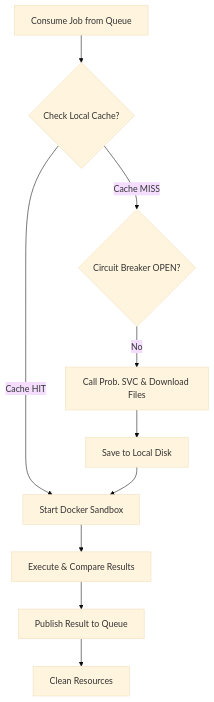
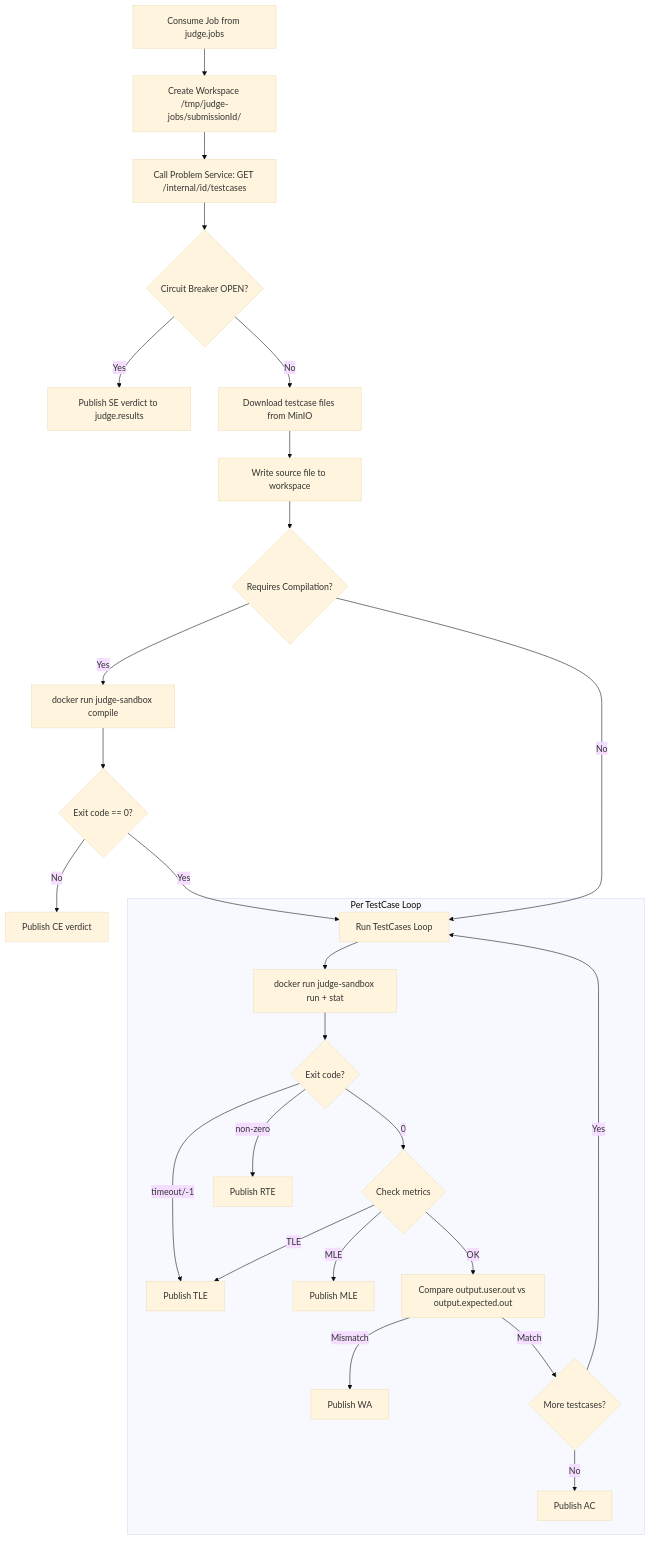
One commit to sson6926/Online-Judge-SOA changed the fourth of 4 diagrams in docs/analysis-and-design.md. Above: the diagram before and after it, drawn with Mermaid (base theme). The commit also changed other lines of this file and 1 other file, not shown here.

Commit message:
docs: udpdate  analysis, design, and architecture documentation files

````diff
--- a/docs/analysis-and-design.md
+++ b/docs/analysis-and-design.md
@@ -278,14 +222,32 @@
 ```mermaid
 flowchart TD
-    A[Consume Job from Queue] --> B{Check Local Cache?}
-    B -- Cache HIT --> G[Start Sandbox]
-    B -- Cache MISS --> C{Circuit Breaker OPEN?}
-    
-    C -- No --> E[Call Prob. SVC & Download Files]
-    E --> F[Save to Local Disk]
-    F --> G[Start Docker Sandbox]
-    
-    G --> H[Execute & Compare Results]
-    H --> I[Publish Result to Queue]
-    I --> J[Clean Resources]
+    A[Consume Job from judge.jobs] --> B[Create Workspace /tmp/judge-jobs/submissionId/]
+    B --> C[Call Problem Service: GET /internal/id/testcases]
+    C --> D{Circuit Breaker OPEN?}
+    D -- Yes --> E[Publish SE verdict to judge.results]
+    D -- No --> F[Download testcase files from MinIO]
+    F --> G[Write source file to workspace]
+    G --> H{Requires Compilation?}
+    H -- Yes --> I[docker run judge-sandbox compile]
+    I --> J{Exit code == 0?}
+    J -- No --> K[Publish CE verdict]
+    J -- Yes --> L[Run TestCases Loop]
+    H -- No --> L
+
+    subgraph "Per TestCase Loop"
+        L --> M[docker run judge-sandbox run + stat]
+        M --> N{Exit code?}
+        N -- timeout/-1 --> O[Publish TLE]
+        N -- non-zero --> P[Publish RTE]
+        N -- 0 --> Q{Check metrics}
+        Q -- TLE --> O
+        Q -- MLE --> R[Publish MLE]
+        Q -- OK --> S[Compare output.user.out vs output.expected.out]
+        S -- Mismatch --> T[Publish WA]
+        S -- Match --> U{More testcases?}
+        U -- Yes --> L
+        U -- No --> V[Publish AC]
+    end
+
+
 ```
````
